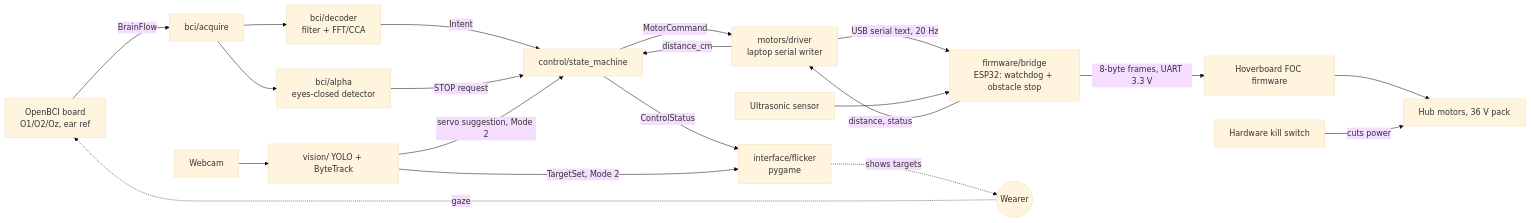
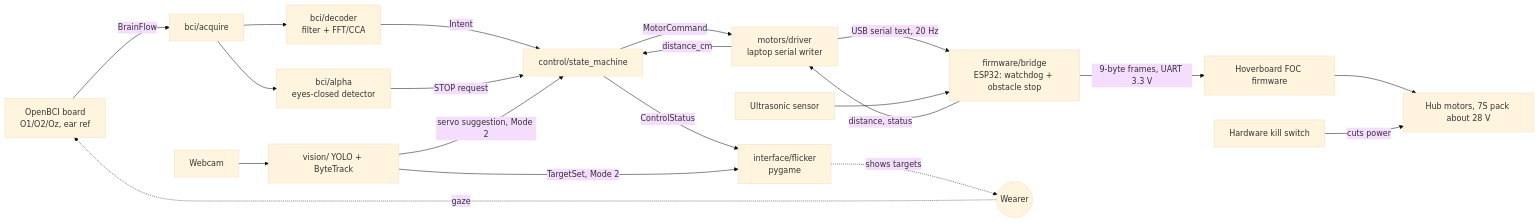
One commit to prakharjain-ml/Project-Xavier changed the diagram in docs/ARCHITECTURE.md. Above: the diagram before and after it, drawn with Mermaid (base theme). The commit also changed other lines of this file and 10 other files, not shown here.

````diff
--- a/docs/ARCHITECTURE.md
+++ b/docs/ARCHITECTURE.md
@@ -5,20 +13,20 @@
 ```mermaid
 flowchart LR
   EEG[OpenBCI board<br/>O1/O2/Oz, ear ref] -->|BrainFlow| ACQ[bci/acquire]
   ACQ --> DEC[bci/decoder<br/>filter + FFT/CCA]
   ACQ --> ALPHA[bci/alpha<br/>eyes-closed detector]
   DEC -->|Intent| CTRL[control/state_machine]
   ALPHA -->|STOP request| CTRL
   CTRL -->|MotorCommand| DRV[motors/driver<br/>laptop serial writer]
   DRV -->|USB serial text, 20 Hz| BR[firmware/bridge<br/>ESP32: watchdog + obstacle stop]
   US[Ultrasonic sensor] --> BR
   BR -->|distance, status| DRV
   DRV -->|distance_cm| CTRL
-  BR -->|8-byte frames, UART 3.3 V| FW[Hoverboard FOC firmware] --> M[Hub motors, 36 V pack]
+  BR -->|9-byte frames, UART 3.3 V| FW[Hoverboard FOC firmware] --> M[Hub motors, 7S pack about 28 V]
   KILL[Hardware kill switch] -->|cuts power| M
   UI[interface/flicker<br/>pygame] -.shows targets.-> USER((Wearer))
   USER -.gaze.-> EEG
   CTRL -->|ControlStatus| UI
   CAM[Webcam] --> VIS[vision/ YOLO + ByteTrack] -->|TargetSet, Mode 2| UI
   VIS -->|servo suggestion, Mode 2| CTRL
 ```
````
